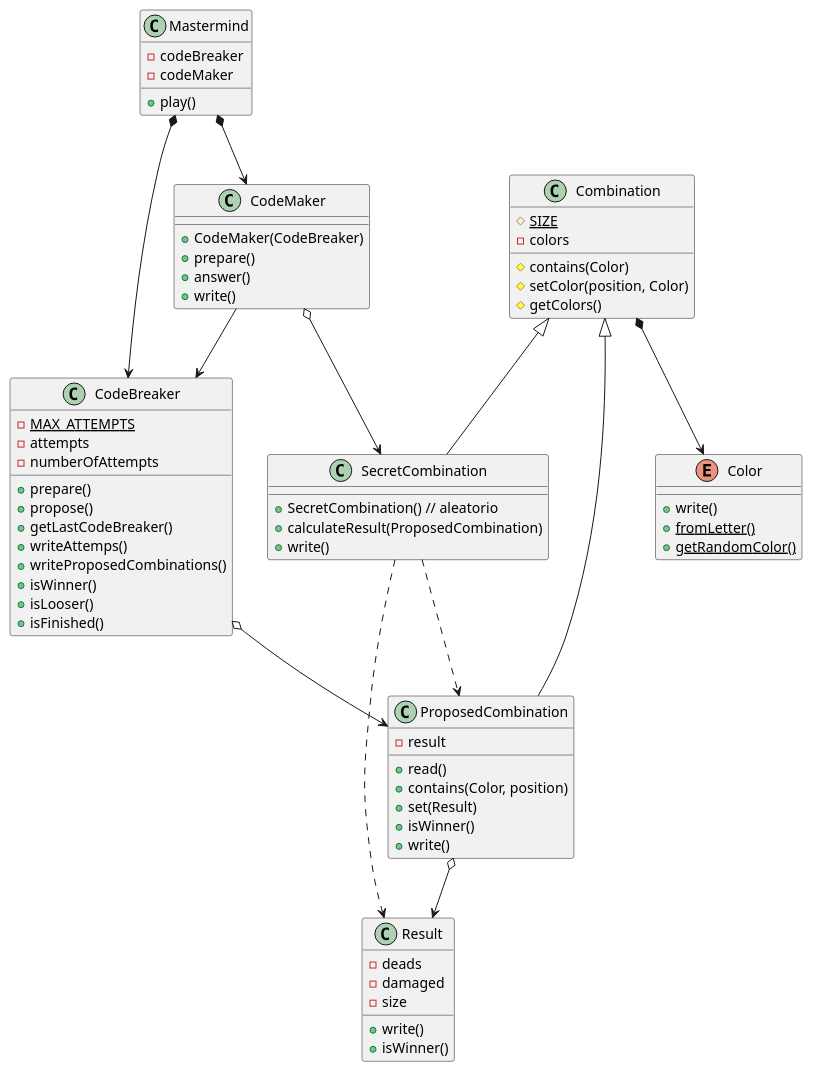
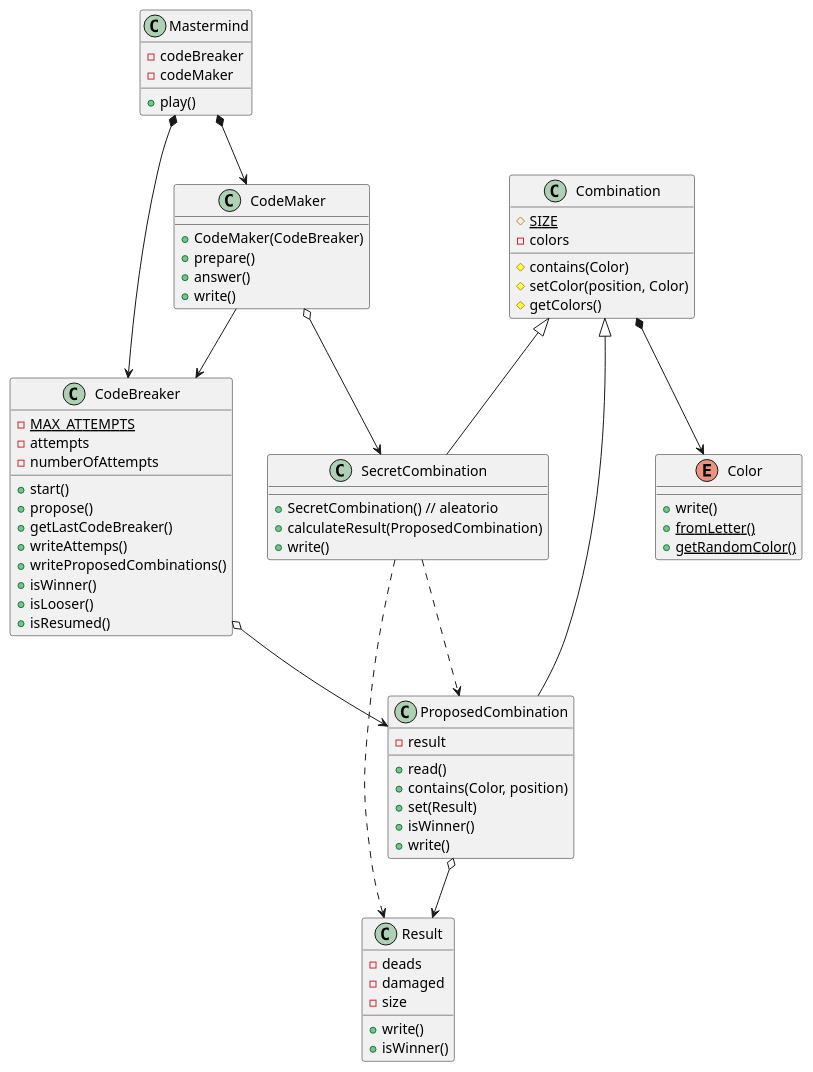
Before and after one commit to chuso/mastercloudapps: the diagram in mastermind/doc/classDiagram.puml, drawn with PlantUML. The commit also changed 3 other files, not shown here.

```diff
--- a/mastermind/doc/classDiagram.puml
+++ b/mastermind/doc/classDiagram.puml
@@ -1,80 +1,80 @@
 class Mastermind {
     -codeBreaker
     -codeMaker
     +play()
 }
 
 class CodeMaker {
     +CodeMaker(CodeBreaker)
     +prepare()
     +answer()
     +write()
 }
 class CodeBreaker{
     -{static} MAX_ATTEMPTS
     -attempts
     -numberOfAttempts
-    +prepare()
+    +start()
     +propose()
     +getLastCodeBreaker()
     +writeAttemps()
     +writeProposedCombinations()
     +isWinner()
     +isLooser()
-    +isFinished()
+    +isResumed()
 }
 
 class Combination {
     #{static}SIZE
     -colors
     #contains(Color)
     #setColor(position, Color)
     #getColors()
 }
 
 enum Color {
     +write()
     +{static}fromLetter()
     +{static}getRandomColor()
 }
 
 class SecretCombination {
     +SecretCombination() // aleatorio
     +calculateResult(ProposedCombination)
     +write()
 }
 
 class ProposedCombination {
     -result
     +read()
     +contains(Color, position)
     +set(Result)
     +isWinner()
     +write()
   }
 
 class Result {
     -deads
     -damaged
     -size
     +write()
     +isWinner()
 }
 
 
 Mastermind *--> CodeMaker
 Mastermind *--> CodeBreaker
 
 CodeMaker --> CodeBreaker
 
 CodeBreaker o--> ProposedCombination
 CodeMaker o--> SecretCombination
 
 SecretCombination ..> ProposedCombination
 SecretCombination ..> Result
 Combination *--> Color
 
 Combination <|-- SecretCombination
 Combination <|-- ProposedCombination
 
 ProposedCombination o--> Result
```
